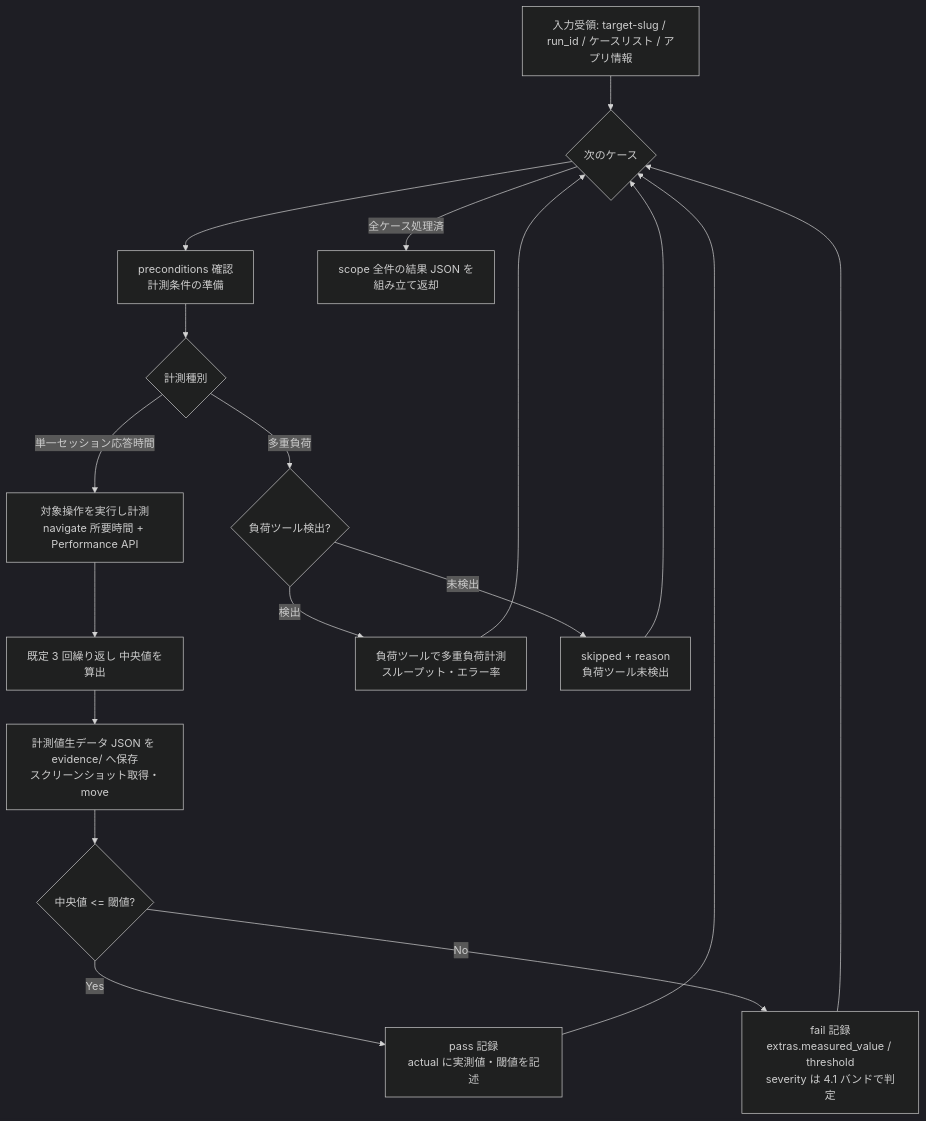
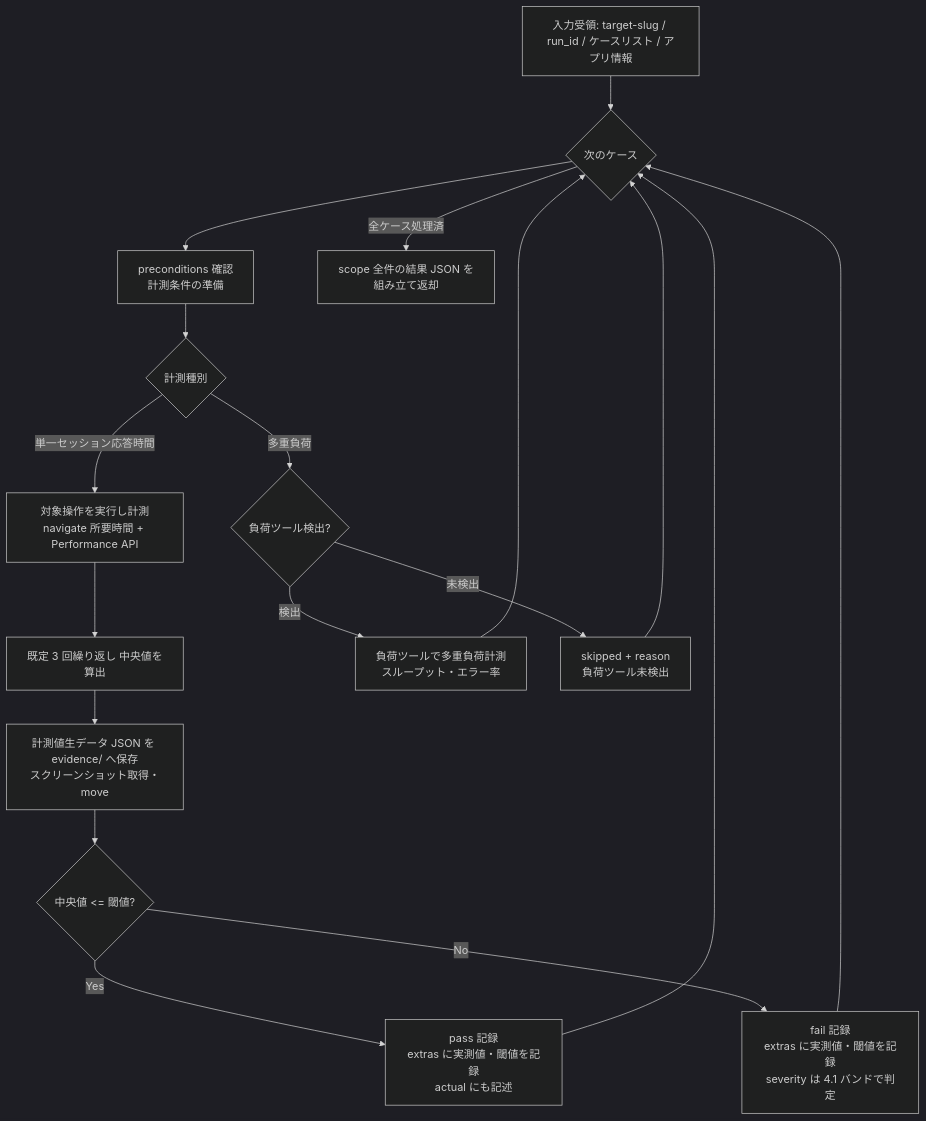
Before and after one commit to dmajima/claude-plugins: the diagram in plugins/deep-test/skills/test-run-performance/SKILL.md, drawn with Mermaid (dark theme). The commit also changed other lines of this file and 9 other files, not shown here.

````diff
--- a/plugins/deep-test/skills/test-run-performance/SKILL.md
+++ b/plugins/deep-test/skills/test-run-performance/SKILL.md
@@ -89,20 +89,20 @@
 ```mermaid
 flowchart TD
     A[入力受領: target-slug / run_id / ケースリスト / アプリ情報] --> B{次のケース}
     B --> C[preconditions 確認<br>計測条件の準備]
     C --> D{計測種別}
     D -->|単一セッション応答時間| E[対象操作を実行し計測<br>navigate 所要時間 + Performance API]
     E --> F[既定 3 回繰り返し 中央値を算出]
     F --> G[計測値生データ JSON を evidence/ へ保存<br>スクリーンショット取得・move]
     G --> H{中央値 <= 閾値?}
-    H -->|Yes| I[pass 記録<br>actual に実測値・閾値を記述]
-    H -->|No| J[fail 記録<br>extras.measured_value / threshold<br>severity は 4.1 バンドで判定]
+    H -->|Yes| I[pass 記録<br>extras に実測値・閾値を記録<br>actual にも記述]
+    H -->|No| J[fail 記録<br>extras に実測値・閾値を記録<br>severity は 4.1 バンドで判定]
     D -->|多重負荷| K{負荷ツール検出?}
     K -->|検出| L[負荷ツールで多重負荷計測<br>スループット・エラー率]
     K -->|未検出| M[skipped + reason<br>負荷ツール未検出]
     I --> B
     J --> B
     L --> B
     M --> B
     B -->|全ケース処理済| N[scope 全件の結果 JSON を組み立て返却]
 ```
````
